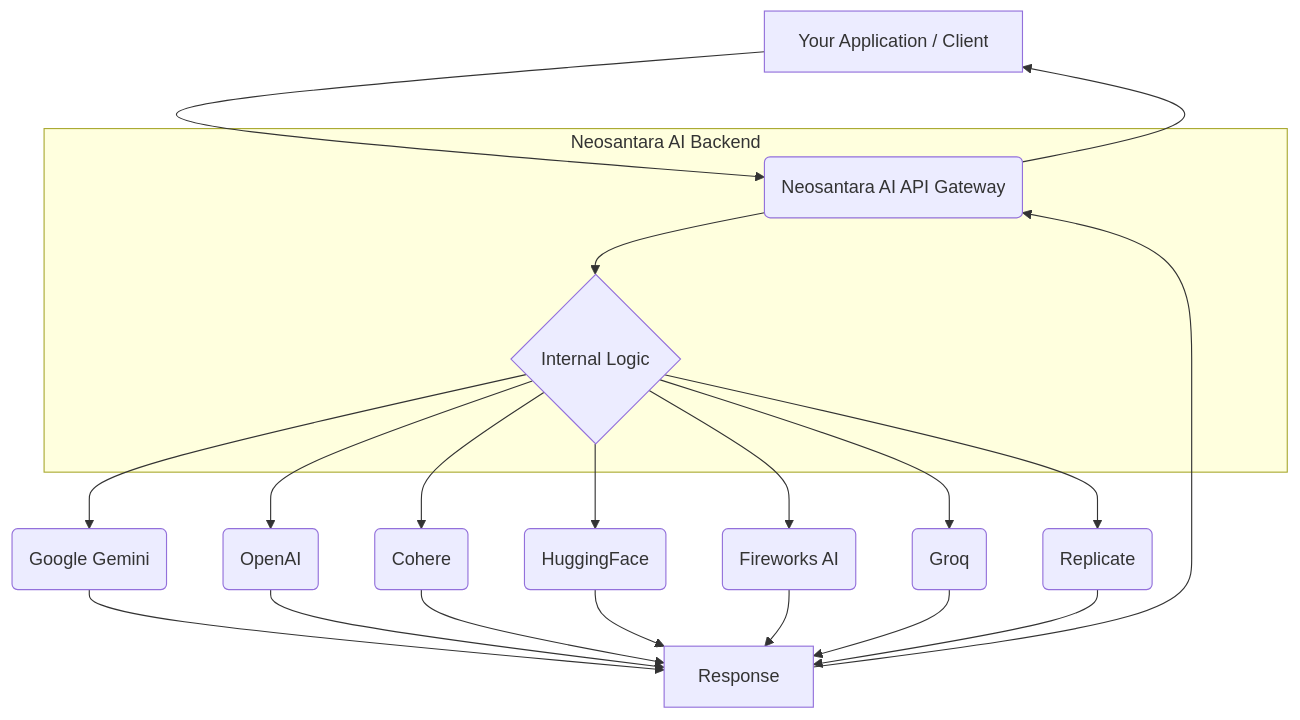
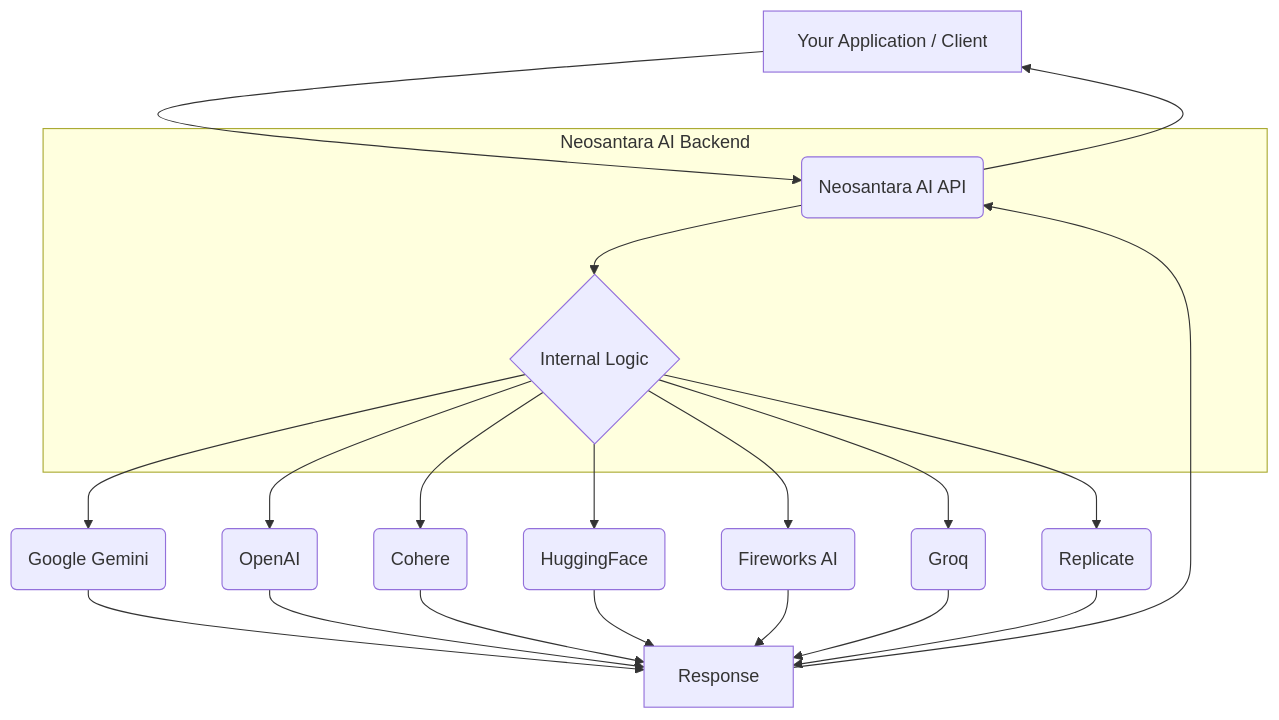
The diagram in about.mdx (ErRickow/docs), drawn with Mermaid before and after one commit. The commit also changed other lines of this file and 6 other files, not shown here.

````diff
--- a/about.mdx
+++ b/about.mdx
@@ -54,26 +55,26 @@
 ```mermaid
 graph TD
-   A[Your Application / Client] --> B(Neosantara AI API Gateway);
+   A[Your Application / Client] --> B(Neosantara AI API);
    B --> C{Internal Logic};
    C --> D1(Google Gemini);
    C --> D2(OpenAI);
    C --> D3(Cohere);
    C --> D4(HuggingFace);
    C --> D5(Fireworks AI);
    C --> D6(Groq);
    C --> D7(Replicate);
    D1 --> F[Response];
    D2 --> F;
    D3 --> F;
    D4 --> F;
    D5 --> F;
    D6 --> F;
    D7 --> F;
    F --> B;
    B --> A;
 
    subgraph Neosantara AI Backend
        B
        C
    end
 ```
````
